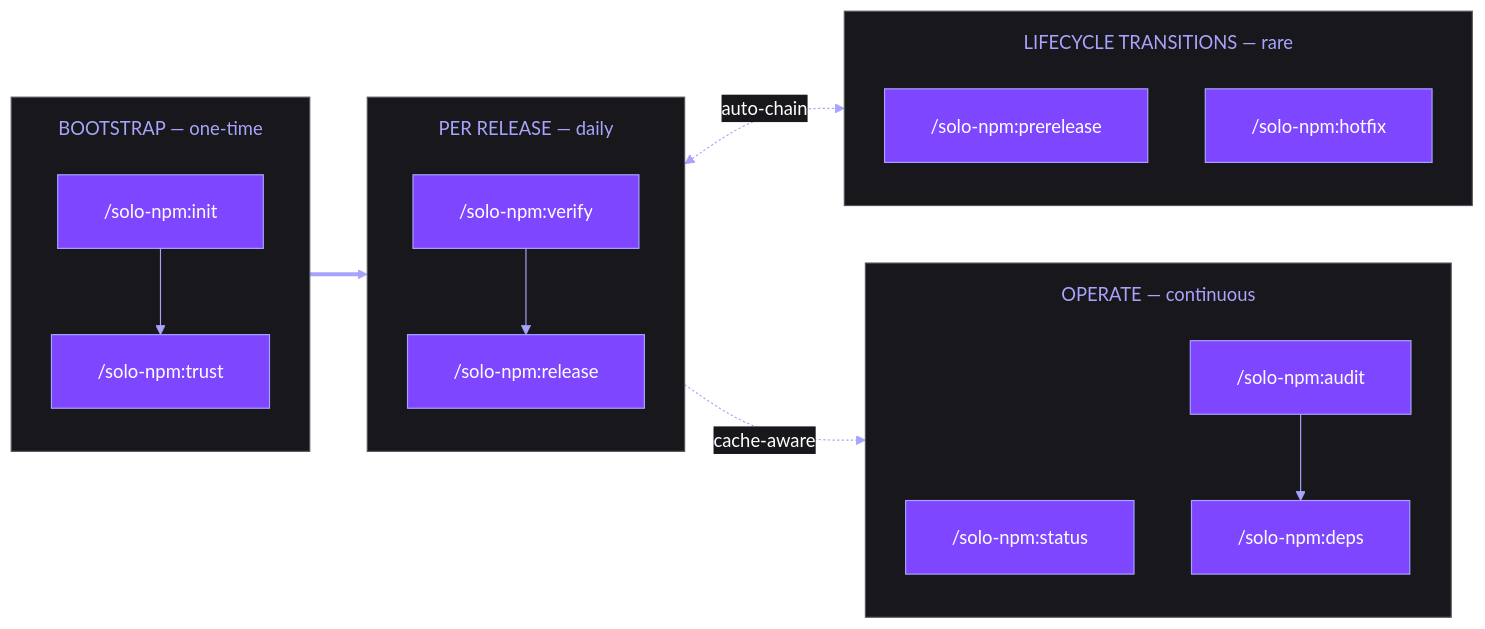
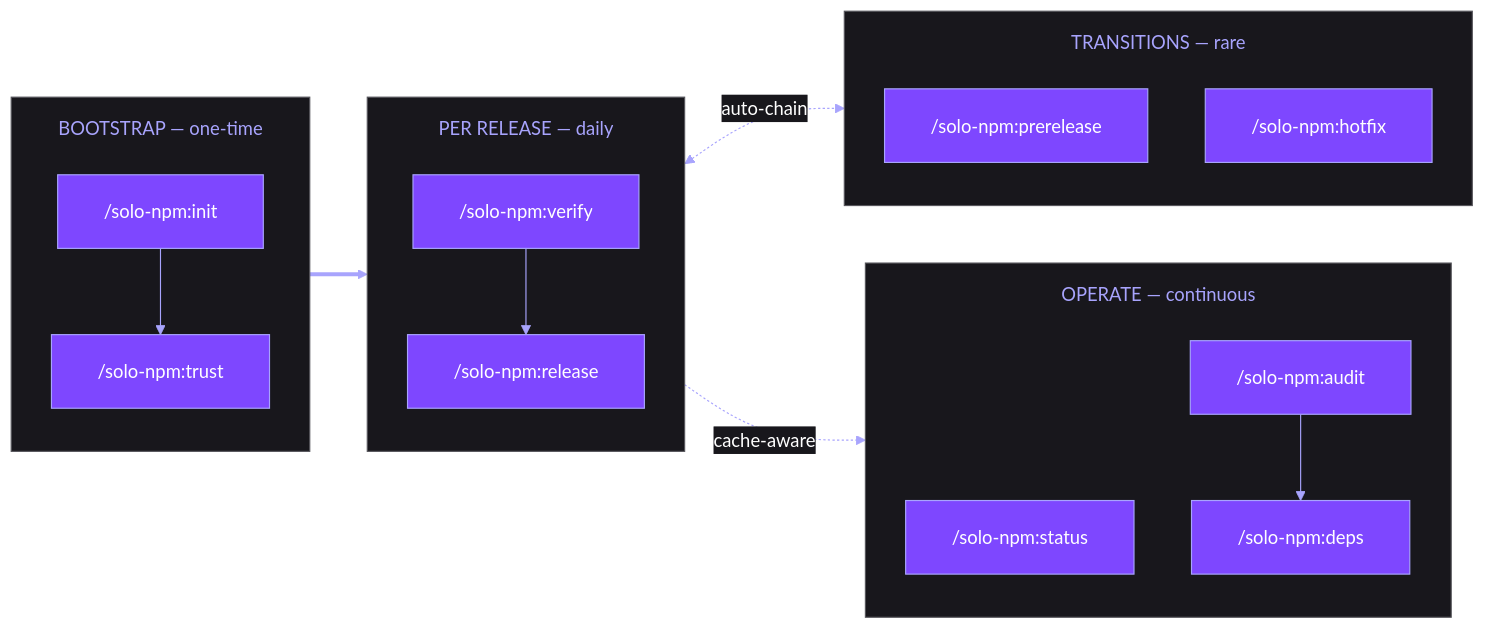
One commit to gagle/solo-npm changed the first of 4 diagrams in README.md. Above: the diagram before and after it, drawn with Mermaid.

Commit message:
docs(readme): shorten lifecycle subgraph title so it fits on one line
"LIFECYCLE TRANSITIONS — rare" was wrapping in the rendered diagram.
Shortened to "TRANSITIONS — rare" — matches the length pattern of the
other three subgraphs (BOOTSTRAP/PER RELEASE/OPERATE).

````diff
--- a/README.md
+++ b/README.md
@@ -9,47 +9,47 @@
 ```mermaid
 %%{init: {'theme':'base','themeVariables':{
   'primaryColor':'#7e47ff',
   'primaryTextColor':'#ffffff',
   'primaryBorderColor':'#a8a4fd',
   'lineColor':'#a8a4fd',
   'secondaryColor':'#5620bc',
   'tertiaryColor':'#401e8a',
   'background':'#111114',
   'mainBkg':'#7e47ff',
   'secondBkg':'#5620bc',
   'tertiaryBkg':'#2c2a32',
   'clusterBkg':'#18171c',
   'clusterBorder':'#56555b',
   'titleColor':'#a8a4fd',
   'edgeLabelBackground':'#18171c',
   'fontFamily':'ui-monospace, monospace'
 },'flowchart':{'padding':20,'subGraphTitleMargin':{'top':15,'bottom':15}}}}%%
 flowchart LR
     subgraph BS["BOOTSTRAP — one-time"]
         direction TB
         init["/solo-npm:init"]
         trust["/solo-npm:trust"]
         init --> trust
     end
     subgraph PR["PER RELEASE — daily"]
         direction TB
         verify["/solo-npm:verify"]
         release["/solo-npm:release"]
         verify --> release
     end
-    subgraph LT["LIFECYCLE TRANSITIONS — rare"]
+    subgraph LT["TRANSITIONS — rare"]
         direction TB
         prerelease["/solo-npm:prerelease"]
         hotfix["/solo-npm:hotfix"]
     end
     subgraph OP["OPERATE — continuous"]
         direction TB
         status["/solo-npm:status"]
         audit["/solo-npm:audit"]
         deps["/solo-npm:deps"]
         audit --> deps
     end
     BS ==> PR
     PR <-.auto-chain.-> LT
     PR -.cache-aware.-> OP
 ```
````
